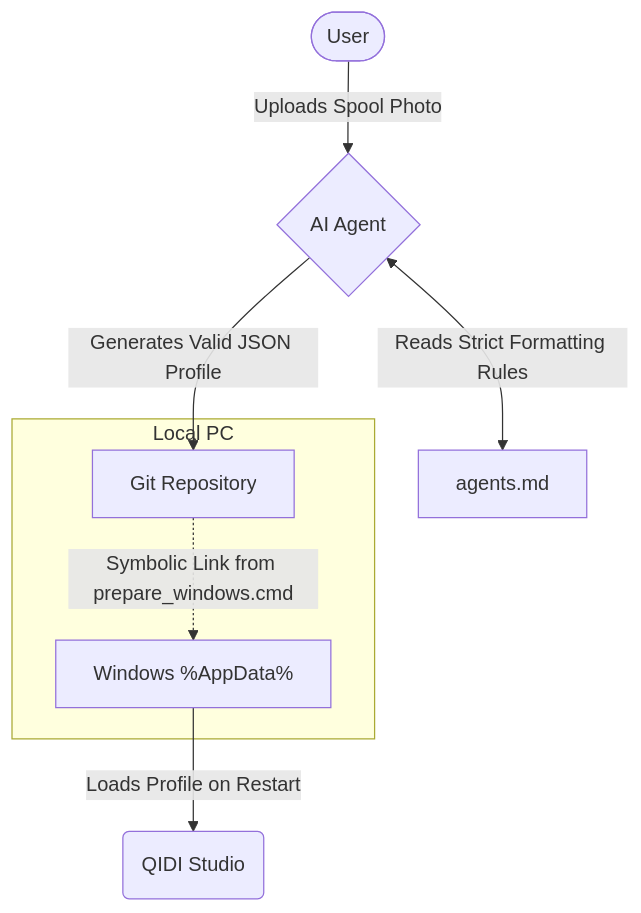
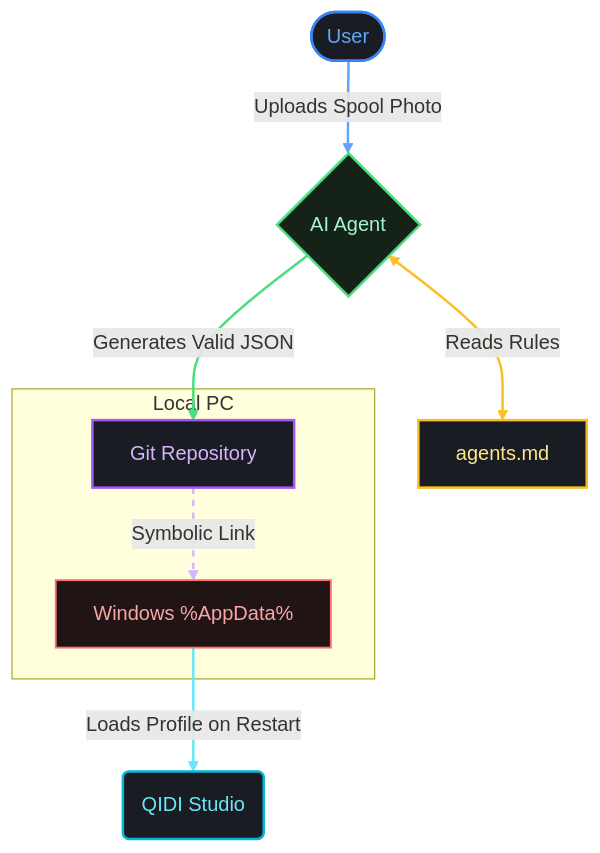
One commit to aniva/random-stuff changed the diagram in qidi-studio/README.md. Above: the diagram before and after it, drawn with Mermaid. The commit also changed other lines of this file, not shown here.

Commit message:
Optimize and colorize Mermaid workflow and scale screenshots in qidi-studio README

````diff
--- a/qidi-studio/README.md
+++ b/qidi-studio/README.md
@@ -22,12 +22,34 @@
 ```mermaid
 flowchart TD
+    %% Style Definitions
+    classDef default fill:#111,stroke:#333,stroke-width:1px,color:#eee;
+    classDef user fill:#1a1c23,stroke:#3b82f6,stroke-width:2px,color:#60a5fa;
+    classDef agent fill:#142217,stroke:#4ade80,stroke-width:2px,color:#a7f3d0;
+    classDef file fill:#1a1c23,stroke:#fbbf24,stroke-width:2px,color:#fde68a;
+    classDef repo fill:#1a1c23,stroke:#a855f7,stroke-width:2px,color:#d8b4fe;
+    classDef appdata fill:#201415,stroke:#f87171,stroke-width:1.5px,color:#fca5a5;
+    classDef studio fill:#1a1c23,stroke:#06b6d4,stroke-width:2px,color:#67e8f9;
+
     User([User]) -->|Uploads Spool Photo| Agent{AI Agent}
-    Agent <-->|Reads Strict Formatting Rules| Rules[agents.md]
-    Agent -->|Generates Valid JSON Profile| Repo[Git Repository]
+    Agent <-->|Reads Rules| Rules[agents.md]
+    Agent -->|Generates Valid JSON| Repo[Git Repository]
     
-    subgraph Local PC
-        Repo -.->|Symbolic Link from prepare_windows.cmd| AppData[Windows %AppData%]
+    subgraph LocalPC [Local PC]
+        Repo -.->|Symbolic Link| AppData[Windows %AppData%]
     end
     
     AppData -->|Loads Profile on Restart| Studio(QIDI Studio)
+
+    class User user;
+    class Agent agent;
+    class Rules file;
+    class Repo repo;
+    class AppData appdata;
+    class Studio studio;
+
+    linkStyle 0 stroke:#60a5fa,stroke-width:2px;
+    linkStyle 1 stroke:#fbbf24,stroke-width:2px;
+    linkStyle 2 stroke:#4ade80,stroke-width:2px;
+    linkStyle 3 stroke:#d8b4fe,stroke-width:2px,stroke-dasharray: 5 5;
+    linkStyle 4 stroke:#67e8f9,stroke-width:2px;
 ```
````
